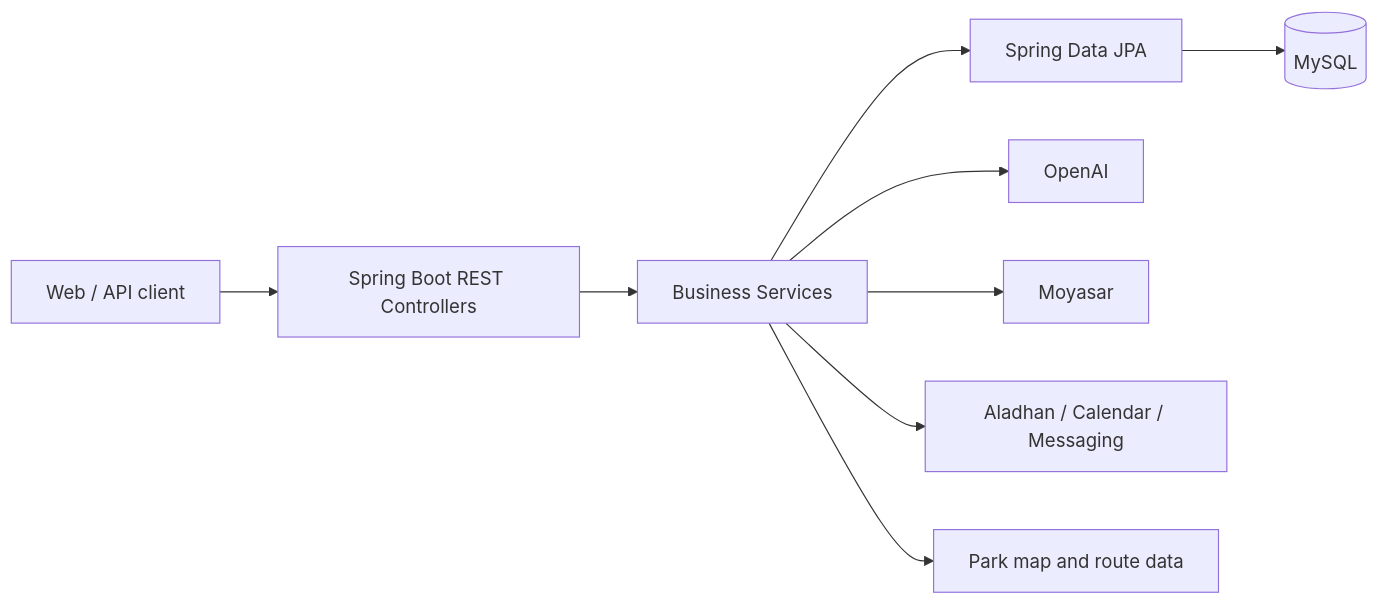
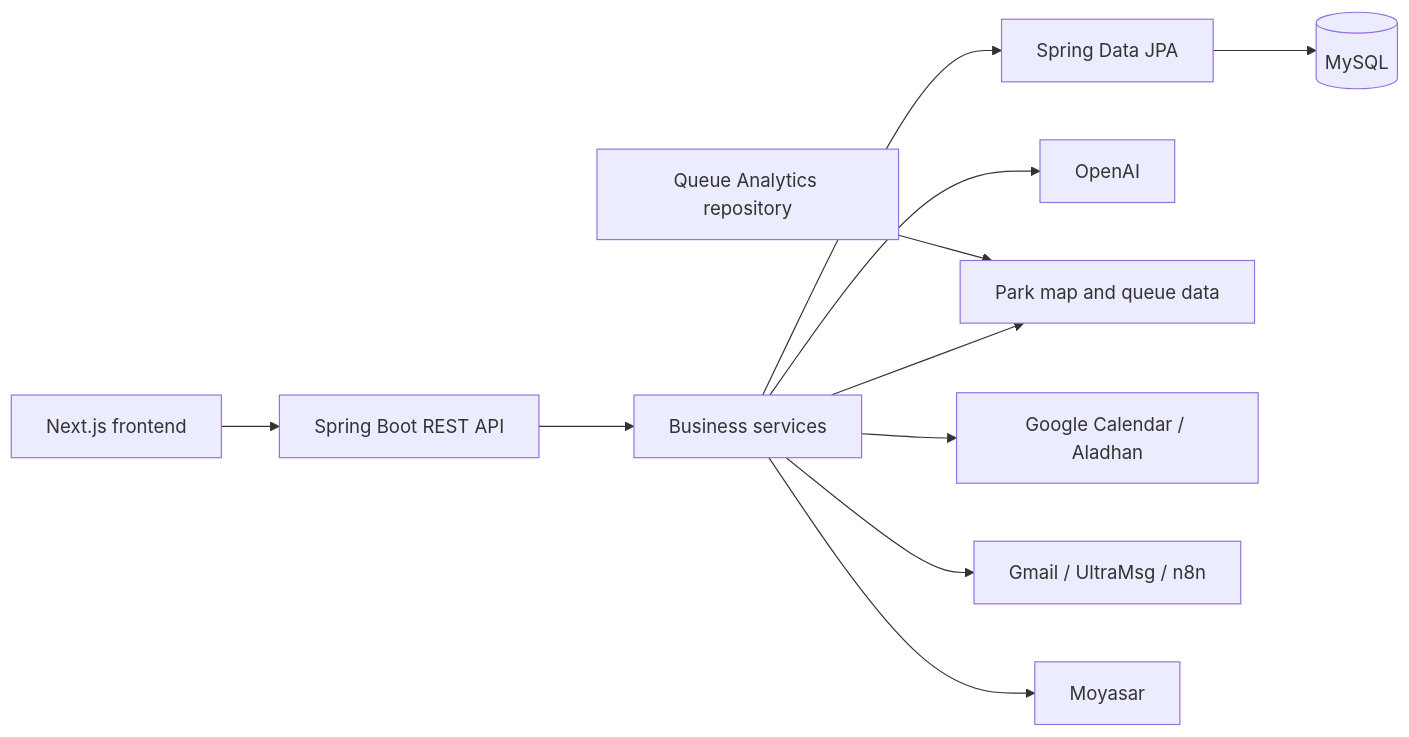
One commit to Abdulaziz-Shafae/SIKKA changed the second of 2 diagrams in README.md. Above: the diagram before and after it, drawn with Mermaid. The commit also changed other lines of this file, not shown here.

````diff
--- a/README.md
+++ b/README.md
@@ -428,11 +118,13 @@
 ```mermaid
 flowchart LR
-    Client[Web / API client] --> API[Spring Boot REST Controllers]
-    API --> Services[Business Services]
+    UI[Next.js frontend] --> API[Spring Boot REST API]
+    API --> Services[Business services]
     Services --> JPA[Spring Data JPA]
     JPA --> DB[(MySQL)]
     Services --> AI[OpenAI]
-    Services --> Pay[Moyasar]
-    Services --> Ext[Aladhan / Calendar / Messaging]
-    Services --> Map[Park map and route data]
+    Services --> Park[Park map and queue data]
+    Services --> Calendar[Google Calendar / Aladhan]
+    Services --> Comms[Gmail / UltraMsg / n8n]
+    Services --> Payment[Moyasar]
+    Analytics[Queue Analytics repository] --> Park
 ```
````
